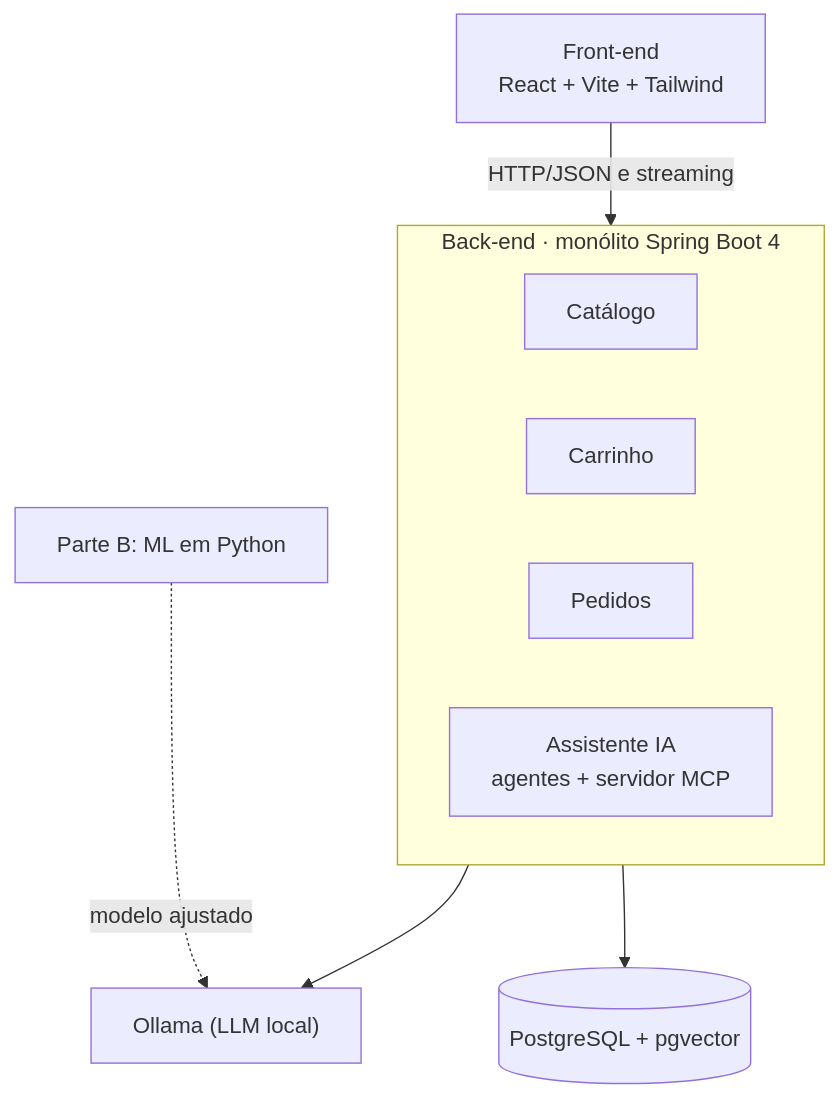
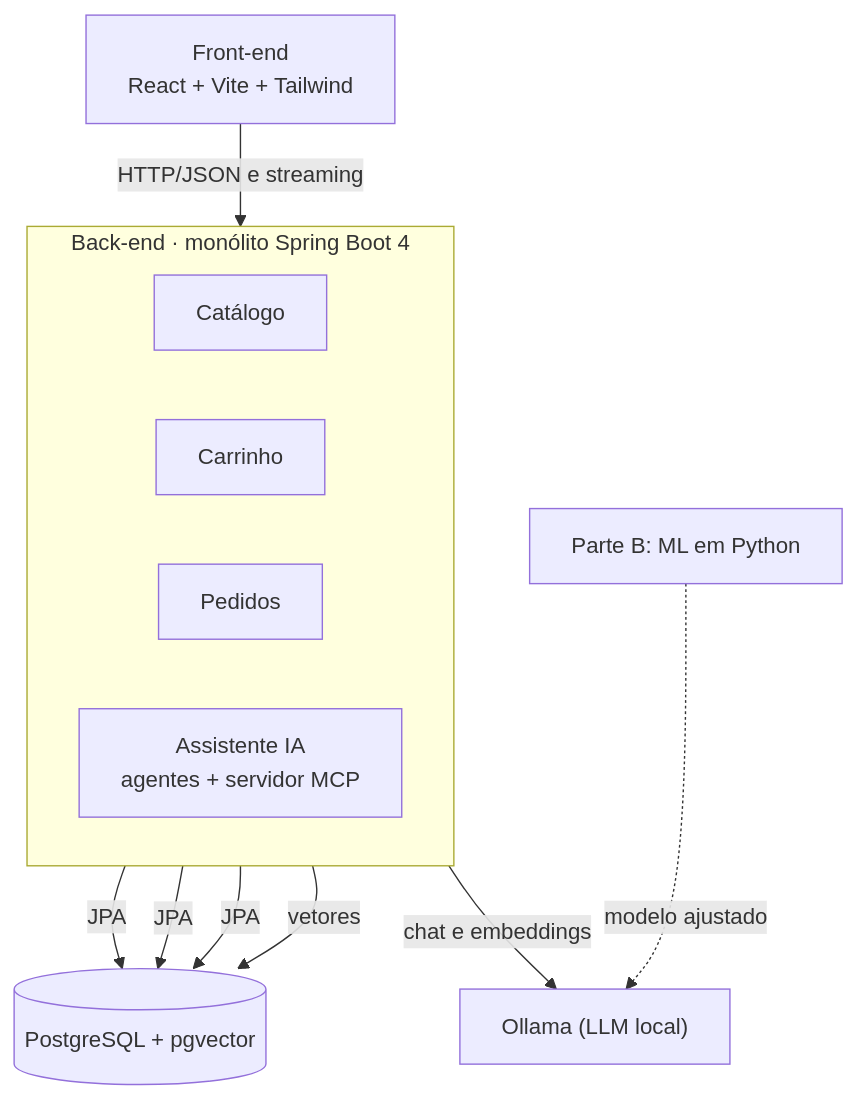
The diagram in README.md (PauloBarboza93/aislesmart), drawn with Mermaid before and after one commit. The commit also changed 1 other file, not shown here.

Commit message:
docs: improve architecture diagrams layout

````diff
--- a/README.md
+++ b/README.md
@@ -29,14 +29,16 @@
 ```mermaid
 flowchart TB
-    F["Front-end<br/>React + Vite + Tailwind"] -->|HTTP/JSON e streaming| B
+    F["Front-end<br/>React + Vite + Tailwind"]
     subgraph B["Back-end · monólito Spring Boot 4"]
         direction LR
         CAT["Catálogo"]
         CAR["Carrinho"]
         PED["Pedidos"]
         AS["Assistente IA<br/>agentes + servidor MCP"]
     end
-    B --> DB[("PostgreSQL + pgvector")]
-    AS --> OL["Ollama (LLM local)"]
+    F -->|HTTP/JSON e streaming| B
+    CAT & CAR & PED -->|JPA| DB[("PostgreSQL + pgvector")]
+    AS -->|vetores| DB
+    AS -->|chat e embeddings| OL["Ollama (LLM local)"]
     ML["Parte B: ML em Python"] -.->|modelo ajustado| OL
 ```
````
